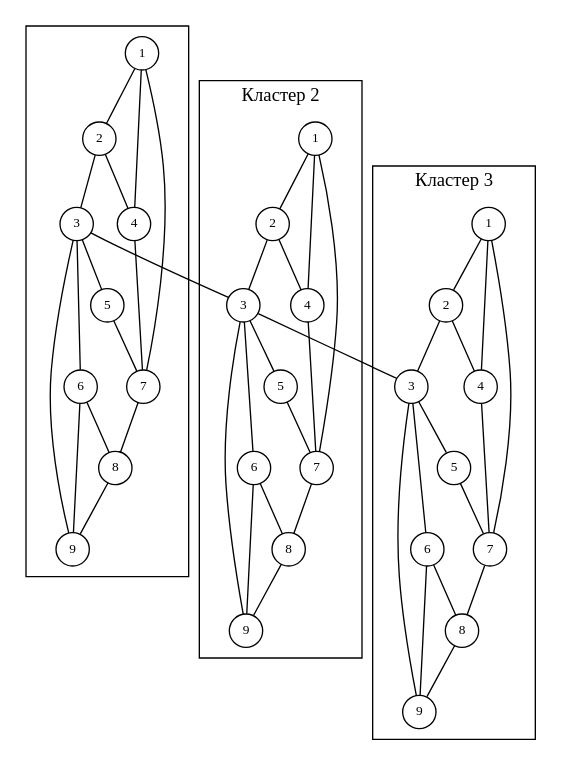
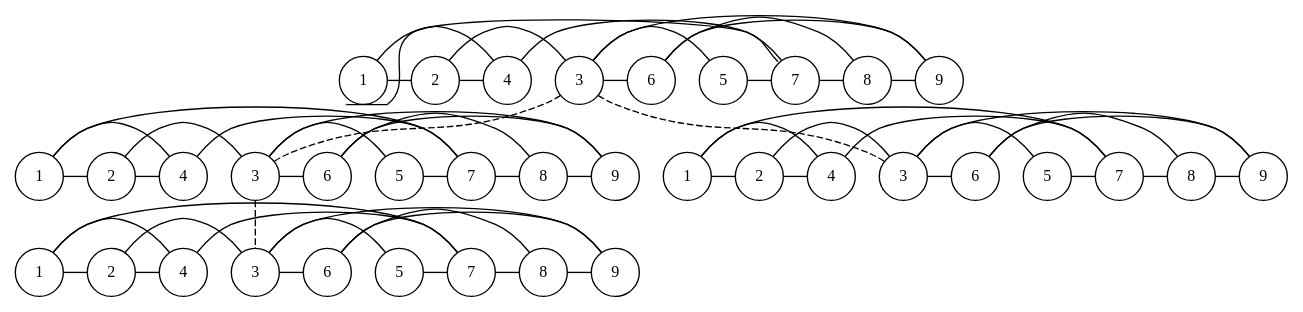
One commit to vladklokun/university-stuff changed the diagram in y03s02/computer-systems/coursework/01-solution/data-ulchich/cluster_26.dot. Above: the diagram before and after it, drawn with Graphviz. The commit also changed 2 other files, not shown here.

Commit message:
Y03S02: Computer Systems: Coursework 01: update dot diagrams for cluster 26

```diff
--- a/y03s02/computer-systems/coursework/01-solution/data-ulchich/cluster_26.dot
+++ b/y03s02/computer-systems/coursework/01-solution/data-ulchich/cluster_26.dot
@@ -1,81 +1,123 @@
+/*
+ * Build using:
+ * neato -Tpdf -O 26.dot
+ *
+ */
 graph {
-	overlap=false;
-	splines=true;
+	graph [
+		rank=same,
+		overlap=true,
+		splines=true,
+		margin = "0,0",
+		fontname = "STIX Two Math",
+		fontsize = "10",
+		esep = "0.5"
+	];
+
 	node [
 		shape=circle,
-		fixedsize=true, # don't allow nodes to change sizes dynamically
-		width=0.35, # relative to the underlying coordinate grid?
-		color="black", # node border color (X11 or HTML colors)
-		fillcolor="white", # node fill color (X11 or HTML colors)
+		fixedsize=true, // don't allow nodes to change sizes dynamically
+		width=0.5, // relative to the underlying coordinate grid?
+		color="black", // node border color (X11 or HTML colors)
+		fillcolor="white", // node fill color (X11 or HTML colors)
 		style="filled,solid",
-		fontsize=10
-	]
+		fontname = "STIX Two Math",
+		fontsize=12,
+	];
 
-	1.1 [pos="0,2!", label="1"];
-	1.2 [pos="1,2!", label="2"];
-	1.3 [pos="2,2!", label="3"];
-	1.4 [pos="0,1!", label="4"];
-	1.5 [pos="1,1!", label="5"];
-	1.6 [pos="2,1!", label="6"];
-	1.7 [pos="0,0!", label="7"];
-	1.8 [pos="1,0!", label="8"];
-	1.9 [pos="2,0!", label="9"];
-	subgraph cluster1 {
-		1.1 -- { 1.2 1.4 1.7};
+	edge [
+	];
+
+	1.1 [pos="00, 02!", label="1"];
+	1.2 [pos="01, 02!", label="2"];
+	1.3 [pos="02, 02!", label="3"];
+	1.4 [pos="00, 01!", label="4"];
+	1.5 [pos="01, 01!", label="5"];
+	1.6 [pos="02, 01!", label="6"];
+	1.7 [pos="00, 00!", label="7"];
+	1.8 [pos="01, 00!", label="8"];
+	1.9 [pos="02, 00!", label="9"];
+	subgraph 1 {
+		//label="Кластер 1";
+		1.1 -- { 1.2 1.4};
+		1.1:sw -- 1.7:nw;
 		1.2 -- { 1.4 1.3 };
 		1.3 -- { 1.5 1.6 1.9 } ;
 		1.4 -- { 1.7 } ;
 		1.5 -- { 1.7 } ;
 		1.6 -- { 1.8 1.9} ;
 		1.7 -- { 1.8 } ;
 		1.8 -- { 1.9 } ;
 		1.9 -- {}
 	}
 
-	2.1 [pos="0,2!", label="1"];
-	2.2 [pos="1,2!", label="2"];
-	2.3 [pos="2,2!", label="3"];
-	2.4 [pos="0,1!", label="4"];
-	2.5 [pos="1,1!", label="5"];
-	2.6 [pos="2,1!", label="6"];
-	2.7 [pos="0,0!", label="7"];
-	2.8 [pos="1,0!", label="8"];
-	2.9 [pos="2,0!", label="9"];
-	subgraph cluster2 {
-		label="Кластер 2";
+	2.1 [pos="3,2!", label="1"];
+	2.2 [pos="4,2!", label="2"];
+	2.3 [pos="5,2!", label="3"];
+	2.4 [pos="3,1!", label="4"];
+	2.5 [pos="4,1!", label="5"];
+	2.6 [pos="5,1!", label="6"];
+	2.7 [pos="3,0!", label="7"];
+	2.8 [pos="4,0!", label="8"];
+	2.9 [pos="5,0!", label="9"];
+	subgraph 2 {
+		//label="Кластер 2";
 		2.1 -- { 2.2 2.4 2.7};
 		2.2 -- { 2.4 2.3 };
 		2.3 -- { 2.5 2.6 2.9 } ;
 		2.4 -- { 2.7 } ;
 		2.5 -- { 2.7 } ;
 		2.6 -- { 2.8 2.9} ;
 		2.7 -- { 2.8 } ;
 		2.8 -- { 2.9 } ;
 		2.9 -- {}
 	}
 
-	3.1 [pos="0,2!", label="1"];
-	3.2 [pos="1,2!", label="2"];
-	3.3 [pos="2,2!", label="3"];
-	3.4 [pos="0,1!", label="4"];
-	3.5 [pos="1,1!", label="5"];
-	3.6 [pos="2,1!", label="6"];
-	3.7 [pos="0,0!", label="7"];
-	3.8 [pos="1,0!", label="8"];
-	3.9 [pos="2,0!", label="9"];
-	subgraph cluster3 {
-		label="Кластер 3";
+	3.1 [pos="6,2!", label="1"];
+	3.2 [pos="7,2!", label="2"];
+	3.3 [pos="8,2!", label="3"];
+	3.4 [pos="6,1!", label="4"];
+	3.5 [pos="7,1!", label="5"];
+	3.6 [pos="8,1!", label="6"];
+	3.7 [pos="6,0!", label="7"];
+	3.8 [pos="7,0!", label="8"];
+	3.9 [pos="8,0!", label="9"];
+	subgraph 3 {
+		//label="Кластер 3";
 		3.1 -- { 3.2 3.4 3.7};
 		3.2 -- { 3.4 3.3 };
 		3.3 -- { 3.5 3.6 3.9 } ;
 		3.4 -- { 3.7 } ;
 		3.5 -- { 3.7 } ;
 		3.6 -- { 3.8 3.9} ;
 		3.7 -- { 3.8 } ;
 		3.8 -- { 3.9 } ;
 		3.9 -- {}
 	}
 
-	1.3 -- 2.3;
-	2.3 -- 3.3;
+	4.1 [pos="00, -01!", label="1"];
+	4.2 [pos="01, -01!", label="2"];
+	4.3 [pos="02, -01!", label="3"];
+	4.4 [pos="00, -02!", label="4"];
+	4.5 [pos="01, -02!", label="5"];
+	4.6 [pos="02, -02!", label="6"];
+	4.7 [pos="00, -03!", label="7"];
+	4.8 [pos="01, -03!", label="8"];
+	4.9 [pos="02, -03!", label="9"];
+	subgraph 4 {
+		//label="Кластер 3";
+		4.1 -- { 4.2 4.4 4.7};
+		4.2 -- { 4.4 4.3 };
+		4.3 -- { 4.5 4.6 4.9 } ;
+		4.4 -- { 4.7 } ;
+		4.5 -- { 4.7 } ;
+		4.6 -- { 4.8 4.9} ;
+		4.7 -- { 4.8 } ;
+		4.8 -- { 4.9 } ;
+		4.9 -- {}
+	}
+
+	1.3 -- 2.3 [style = dashed];
+	2.3 -- 3.3 [style = dashed];
+	1.3 -- 4.3 [style = dashed];
 }
```
